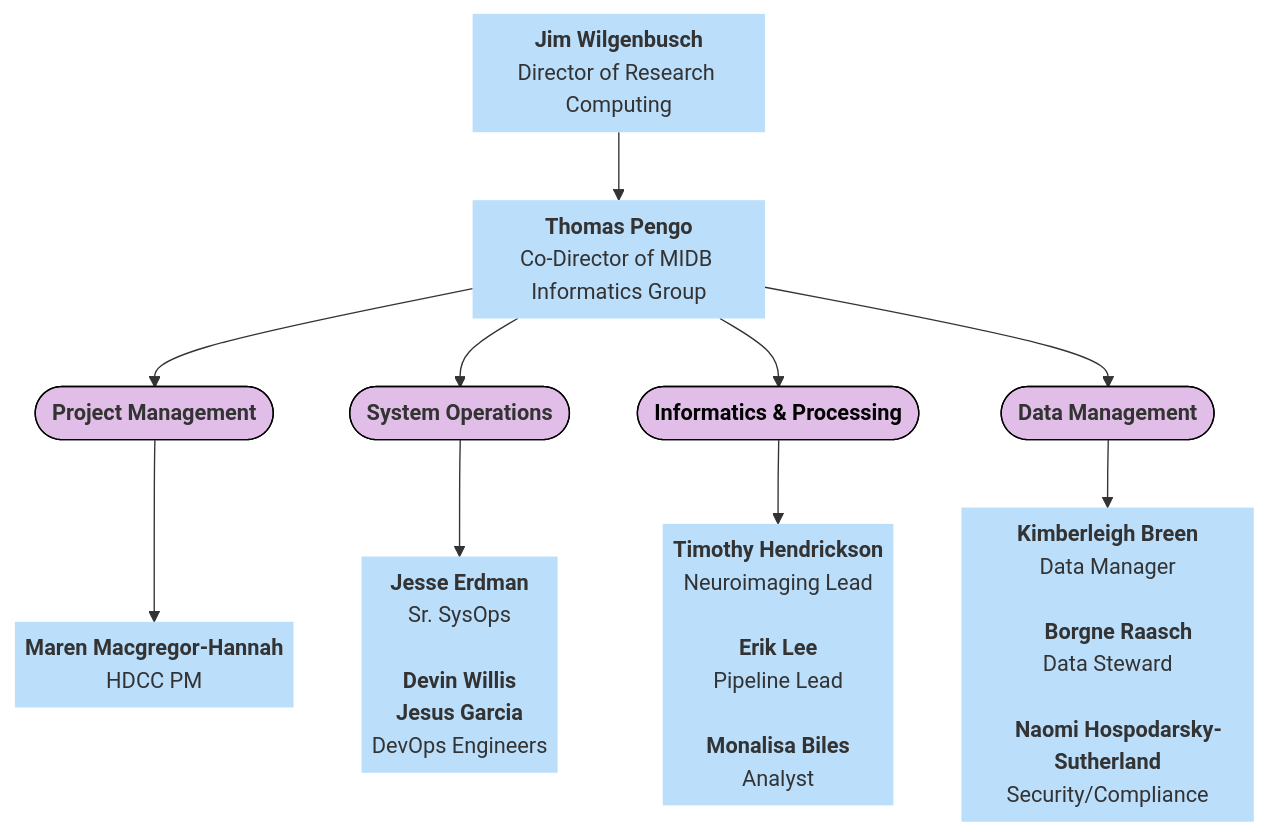
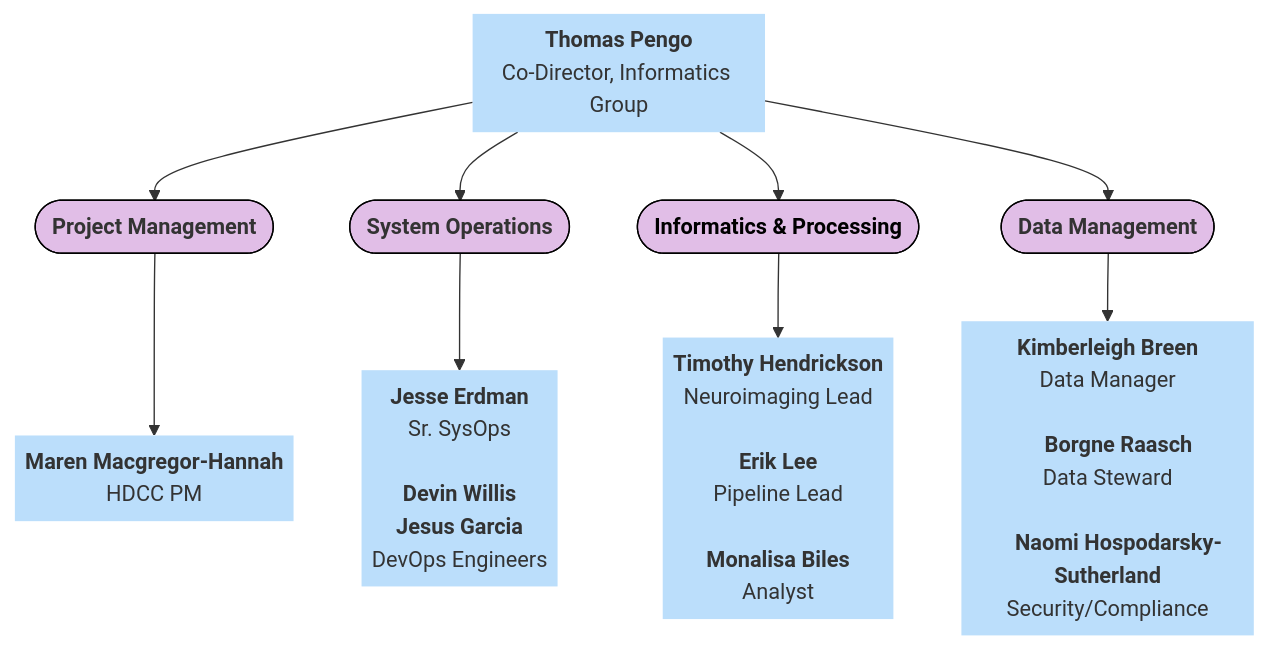
The sixth of 10 diagrams in docs/orgcharts.md (DCAN-Labs/hbcd-docs-internal), drawn with Mermaid before and after one commit.

Commit message:
remove Jim Wilgenbusch from MIDB org chart - not directly associated with HBCD

````diff
--- a/docs/orgcharts.md
+++ b/docs/orgcharts.md
@@ -434,35 +434,32 @@
 ```mermaid
 ---
 config:
   layout: dagre
 ---
 flowchart TB
-    K["<b>Jim Wilgenbusch</b><br>Director of Research Computing"] --> L["<b>Thomas Pengo</b><br>Co-Director of MIDB Informatics Group"]
-    L --> M(["<b>Project Management</b>"]) & N(["<b>System Operations</b>"]) & O(["<b>Informatics &amp; Processing</b>"]) & P(["<b>Data Management</b>"])
+    L["<b>Thomas Pengo</b><br>Co-Director, Informatics Group"] --> M(["<b>Project Management</b>"]) & N(["<b>System Operations</b>"]) & O(["<b>Informatics &amp; Processing</b>"]) & P(["<b>Data Management</b>"])
     N --> Q["<b>Jesse Erdman</b><br>Sr. SysOps<br>
     <b>Devin Willis</b>
     <b>Jesus Garcia</b><br>DevOps Engineers"]
     O --> n4["<b>Timothy Hendrickson</b><br>Neuroimaging Lead<br>
     <b>Erik Lee</b><br>Pipeline Lead<br>
     <b>Monalisa Biles</b><br>Analyst"]
     M --> n6@{ label: "<span style=\"--tw-scale-x:\"><b>Maren Macgregor-Hannah</b><br>HDCC PM</span><br style=\"--tw-scale-x:\">" }
     P --> n7["<b>Kimberleigh Breen</b><br>Data Manager<br>
     <b>Borgne Raasch</b><br>Data Steward<br>
     <b>Naomi Hospodarsky-Sutherland</b><br>Security/Compliance"]
-    K@{ shape: text}
     L@{ shape: text}
     Q@{ shape: text}
     n4@{ shape: text}
     n6@{ shape: text}
     n7@{ shape: text}
-    style K fill:#BBDEFB
     style L fill:#BBDEFB
     style M fill:#E1BEE7,stroke:#000000
     style N fill:#E1BEE7,stroke:#000000
     style O color:#000000,fill:#E1BEE7,stroke:#000000
     style P fill:#E1BEE7,stroke:#000000
     style Q fill:#BBDEFB
     style n4 fill:#BBDEFB
     style n6 fill:#BBDEFB
     style n7 fill:#BBDEFB
 ```
````
